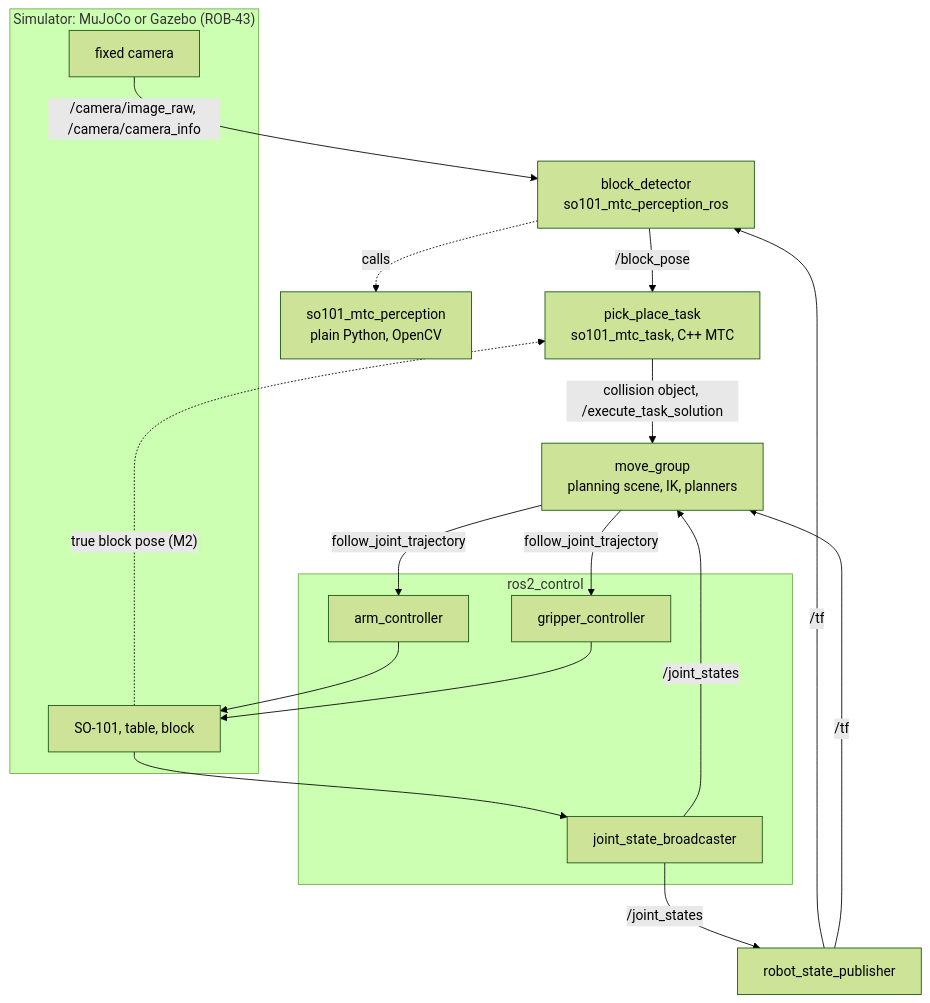
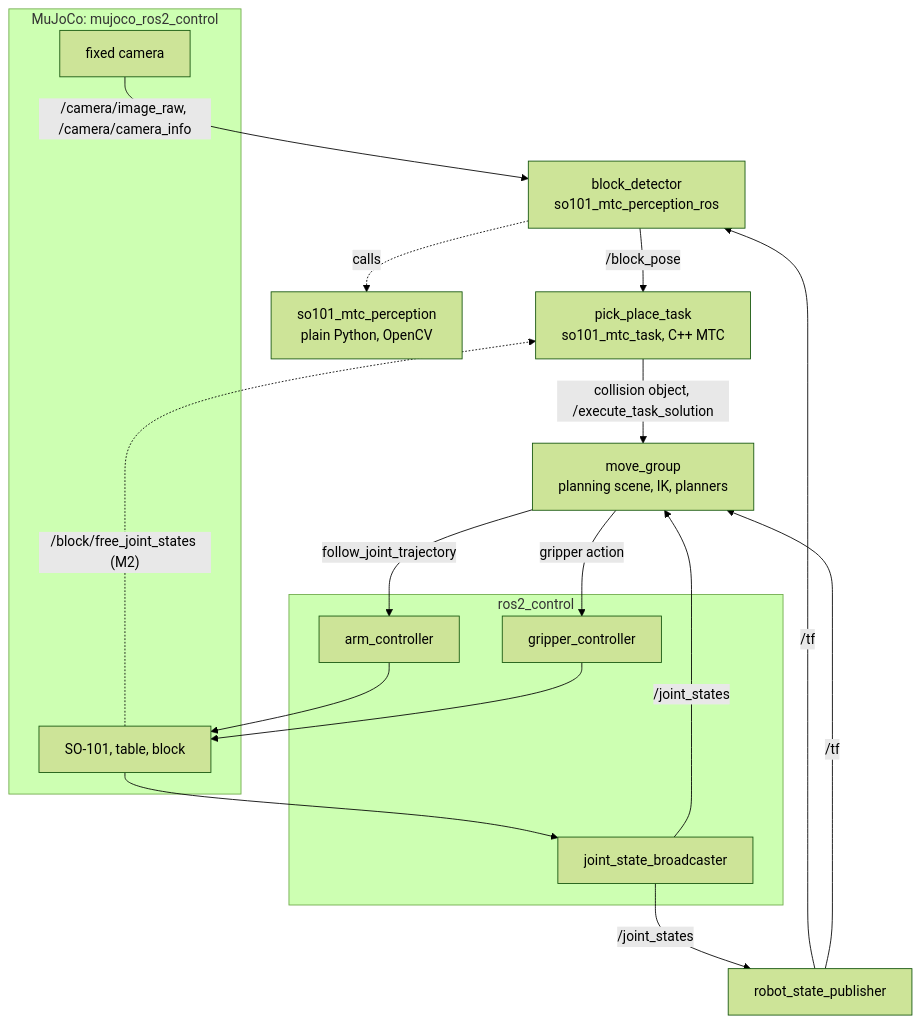
Before and after one commit to PiotrKonopkaRobotyka/so101_mtc: the first of 2 diagrams in docs/architecture.md, drawn with Mermaid (forest theme). The commit also changed other lines of this file and 5 other files, not shown here.

````diff
--- a/docs/architecture.md
+++ b/docs/architecture.md
@@ -8,32 +9,32 @@
 ```mermaid
 flowchart TB
-  subgraph SIM["Simulator: MuJoCo or Gazebo (ROB-43)"]
+  subgraph SIM["MuJoCo: mujoco_ros2_control"]
     CAM["fixed camera"]
     SCENE["SO-101, table, block"]
   end
   DET["block_detector<br/>so101_mtc_perception_ros"]
   CORE["so101_mtc_perception<br/>plain Python, OpenCV"]
   TASK["pick_place_task<br/>so101_mtc_task, C++ MTC"]
   MG["move_group<br/>planning scene, IK, planners"]
   subgraph CTRL["ros2_control"]
     ARM["arm_controller"]
     GRIP["gripper_controller"]
     JSB["joint_state_broadcaster"]
   end
   RSP["robot_state_publisher"]
 
   CAM -->|"/camera/image_raw, /camera/camera_info"| DET
   DET -.->|"calls"| CORE
   DET -->|"/block_pose"| TASK
-  SCENE -.->|"true block pose (M2)"| TASK
+  SCENE -.->|"/block/free_joint_states (M2)"| TASK
   TASK -->|"collision object, /execute_task_solution"| MG
   MG -->|"follow_joint_trajectory"| ARM
-  MG -->|"follow_joint_trajectory"| GRIP
+  MG -->|"gripper action"| GRIP
   ARM --> SCENE
   GRIP --> SCENE
   SCENE --> JSB
   JSB -->|"/joint_states"| RSP
   JSB -->|"/joint_states"| MG
   RSP -->|"/tf"| DET
   RSP -->|"/tf"| MG
 ```
````
